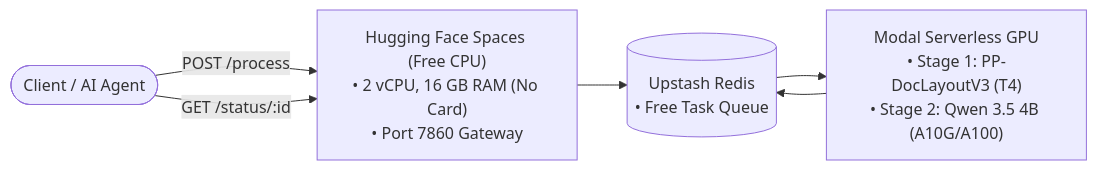
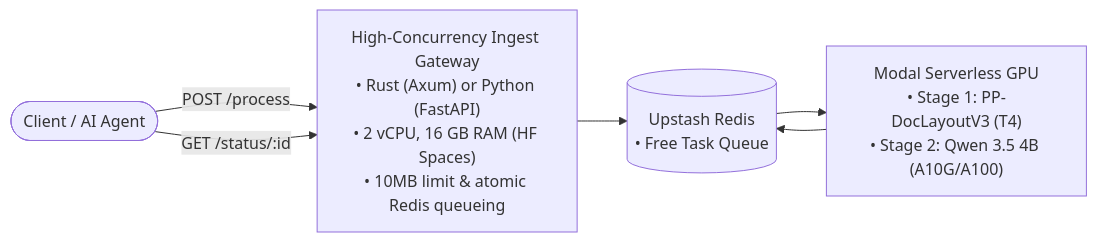
The diagram in README.md (rajandevkota98/production-ocr), drawn with Mermaid before and after one commit. The commit also changed other lines of this file, not shown here.

Commit message:
docs: document rust gateway architecture in readme

````diff
--- a/README.md
+++ b/README.md
@@ -11,8 +11,8 @@
 ```mermaid
 flowchart LR
-    Client(["Client / AI Agent"]) -->|POST /process| Gateway["Hugging Face Spaces (Free CPU)\n• 2 vCPU, 16 GB RAM (No Card)\n• Port 7860 Gateway"]
+    Client(["Client / AI Agent"]) -->|POST /process| Gateway["High-Concurrency Ingest Gateway\n• Rust (Axum) or Python (FastAPI)\n• 2 vCPU, 16 GB RAM (HF Spaces)\n• 10MB limit & atomic Redis queueing"]
     Gateway --> Redis[("Upstash Redis\n• Free Task Queue")]
     Redis --> Worker["Modal Serverless GPU\n• Stage 1: PP-DocLayoutV3 (T4)\n• Stage 2: Qwen 3.5 4B (A10G/A100)"]
     Worker --> Redis
     Client -->|GET /status/:id| Gateway
 ```
````
